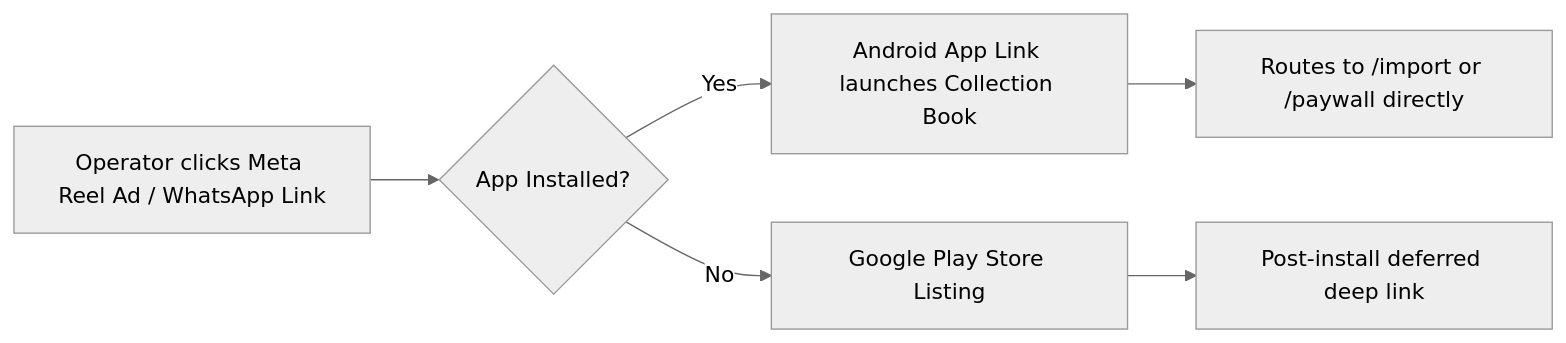
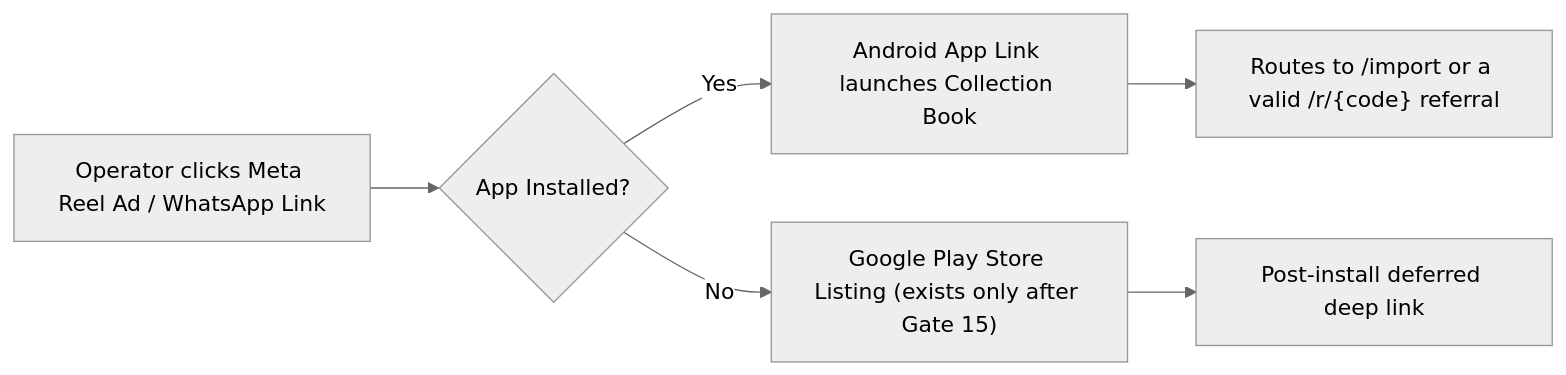
Before and after one commit to g2m7/collection_book: the diagram in docs/plans/gtm-android-release-aso-pipeline/plan.md, drawn with Mermaid (neutral theme). The commit also changed other lines of this file and 21 other files, not shown here.

````diff
--- a/docs/plans/gtm-android-release-aso-pipeline/plan.md
+++ b/docs/plans/gtm-android-release-aso-pipeline/plan.md
@@ -80,8 +107,8 @@
 ```mermaid
 flowchart LR
     A["Operator clicks Meta Reel Ad / WhatsApp Link"] --> B{"App Installed?"}
     B -- Yes --> C["Android App Link launches Collection Book"]
-    C --> D["Routes to /import or /paywall directly"]
-    B -- No --> E["Google Play Store Listing"]
+    C --> D["Routes to /import or a valid /r/{code} referral"]
+    B -- No --> E["Google Play Store Listing (exists only after Gate 15)"]
     E --> F["Post-install deferred deep link"]
 ```
````
